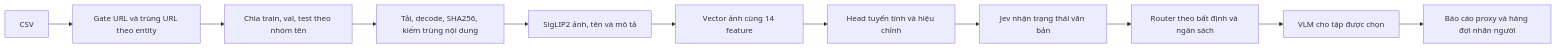
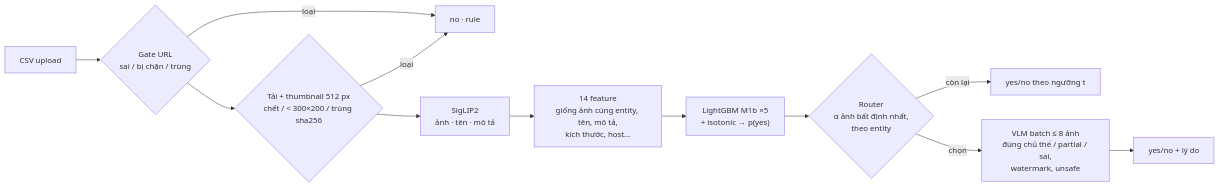
Before and after one commit to vuongej/heritage-image-retrieval: the third of 4 diagrams in docs/technical-report.vi.md, drawn with Mermaid. The commit also changed other lines of this file and 97 other files, not shown here.

````diff
--- a/docs/technical-report.vi.md
+++ b/docs/technical-report.vi.md
@@ -122,13 +63,14 @@
 ```mermaid
 flowchart LR
-    A[CSV] --> B[Gate URL và trùng URL theo entity]
-    B --> S[Chia train, val, test theo nhóm tên]
-    S --> C[Tải, decode, SHA256, kiểm trùng nội dung]
-    C --> D[SigLIP2 ảnh, tên và mô tả]
-    D --> E[Vector ảnh cùng 14 feature]
-    E --> F[Head tuyến tính và hiệu chỉnh]
-    F --> G[Jev nhận trạng thái văn bản]
-    G --> H[Router theo bất định và ngân sách]
-    H --> I[VLM cho tập được chọn]
-    I --> J[Báo cáo proxy và hàng đợi nhãn người]
+    CSV[CSV upload] --> R0{"Gate URL<br/>sai / bị chặn / trùng"}
+    R0 -- loại --> NO[no · rule]
+    R0 --> F{"Tải + thumbnail 512 px<br/>chết / < 300×200 / trùng sha256"}
+    F -- loại --> NO
+    F --> S["SigLIP2<br/>ảnh · tên · mô tả"]
+    S --> X["14 feature<br/>giống ảnh cùng entity, tên, mô tả,<br/>kích thước, host…"]
+    X --> G["LightGBM M1b ×5<br/>+ isotonic → p(yes)"]
+    G --> RT{"Router<br/>α ảnh bất định nhất,<br/>theo entity"}
+    RT -- còn lại --> H[yes/no theo ngưỡng t]
+    RT -- chọn --> V["VLM batch ≤ 8 ảnh<br/>đúng chủ thể / partial / sai,<br/>watermark, unsafe"]
+    V --> D[yes/no + lý do]
 ```
````
